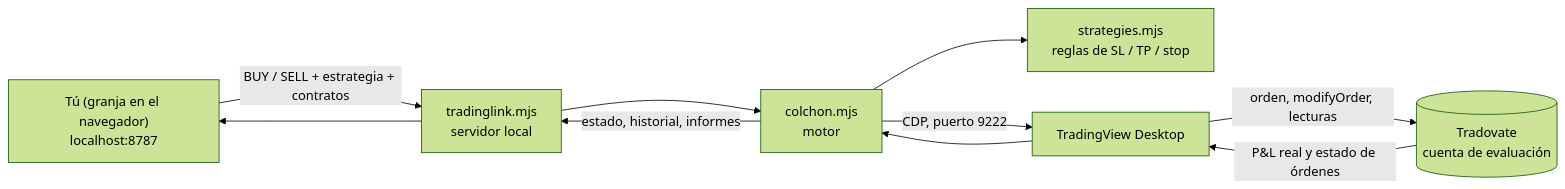
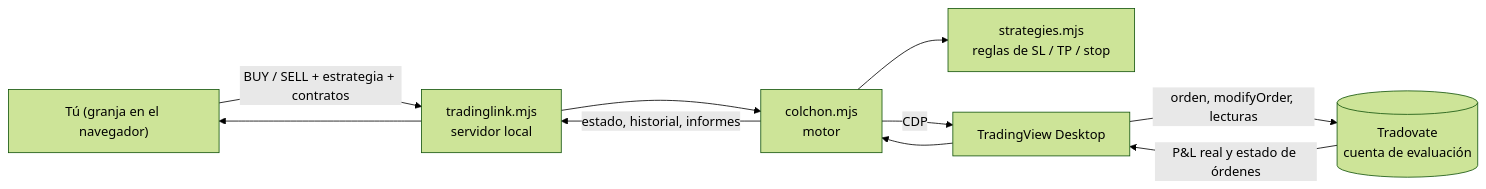
Before and after one commit to apriai/AI-Profit: the diagram in README.md, drawn with Mermaid (forest theme). The commit also changed other lines of this file and 10 other files, not shown here.

Commit message:
0.10.2: guía a la última release, TradingView sin confirmación y sin puertos en los mensajes para la persona

````diff
--- a/README.md
+++ b/README.md
@@ -97,12 +97,12 @@
 ```mermaid
 flowchart LR
-    U["Tú (granja en el navegador)<br/>localhost:8787"] -->|BUY / SELL + estrategia + contratos| S["tradinglink.mjs<br/>servidor local"]
+    U["Tú (granja en el navegador)"] -->|BUY / SELL + estrategia + contratos| S["tradinglink.mjs<br/>servidor local"]
     S --> C["colchon.mjs<br/>motor"]
     C --> E["strategies.mjs<br/>reglas de SL / TP / stop"]
-    C -->|CDP, puerto 9222| TV["TradingView Desktop"]
+    C -->|CDP| TV["TradingView Desktop"]
     TV -->|orden, modifyOrder, lecturas| TR[("Tradovate<br/>cuenta de evaluación")]
     TR -->|P&L real y estado de órdenes| TV
     TV --> C
     C -->|estado, historial, informes| S
     S --> U
 ```
````
